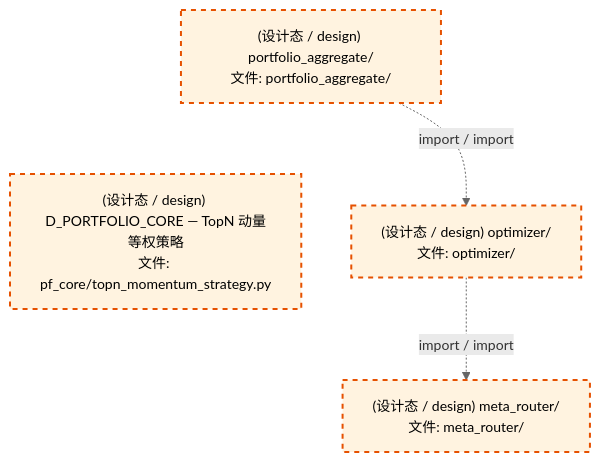
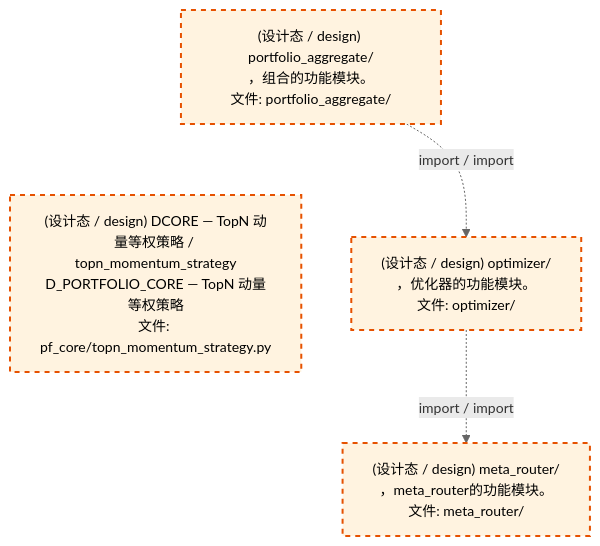
One commit to xuanFelixVan/ZephyrAlpha changed the third of 4 diagrams in docs/02_enterprise_architecture/02_domain_architecture_docs/63_d_pf_core.md. Above: the diagram before and after it, drawn with Mermaid. The commit also changed other lines of this file and 60 other files, not shown here.

````diff
--- a/docs/02_enterprise_architecture/02_domain_architecture_docs/63_d_pf_core.md
+++ b/docs/02_enterprise_architecture/02_domain_architecture_docs/63_d_pf_core.md
@@ -176,16 +176,16 @@
 ```mermaid
 %%{init: {'theme': 'base', 'themeVariables': {'primaryColor': '#eaeaea', 'primaryTextColor': '#333333', 'primaryBorderColor': '#666666', 'lineColor': '#666666', 'secondaryColor': '#eaeaea', 'tertiaryColor': '#eaeaea', 'fontSize': '14px'}}}%%
 flowchart TD
-    src_zephyr_pf_core_portfolio_aggregate["(设计态 / design) portfolio_aggregate/<br/>文件: portfolio_aggregate/"]
-    src_zephyr_pf_core_topn_momentum_strategy_py["(设计态 / design) D_PORTFOLIO_CORE — TopN 动量等权策略<br/>文件: pf_core/topn_momentum_strategy.py"]
+    src_zephyr_pf_core_portfolio_aggregate["(设计态 / design) portfolio_aggregate/<br/>，组合的功能模块。<br/>文件: portfolio_aggregate/"]
+    src_zephyr_pf_core_topn_momentum_strategy_py["(设计态 / design) DCORE — TopN 动量等权策略 / topn_momentum_strategy<br/>D_PORTFOLIO_CORE — TopN 动量等权策略<br/>文件: pf_core/topn_momentum_strategy.py"]
     src_zephyr_pf_core_portfolio_aggregate ~~~ src_zephyr_pf_core_topn_momentum_strategy_py
-    src_zephyr_pf_core_optimizer["(设计态 / design) optimizer/<br/>文件: optimizer/"]
-    src_zephyr_pf_core_meta_router["(设计态 / design) meta_router/<br/>文件: meta_router/"]
+    src_zephyr_pf_core_optimizer["(设计态 / design) optimizer/<br/>，优化器的功能模块。<br/>文件: optimizer/"]
+    src_zephyr_pf_core_meta_router["(设计态 / design) meta_router/<br/>，meta_router的功能模块。<br/>文件: meta_router/"]
     src_zephyr_pf_core_optimizer -.->|import / import| src_zephyr_pf_core_meta_router
     src_zephyr_pf_core_portfolio_aggregate -.->|import / import| src_zephyr_pf_core_optimizer
     classDef production fill:#e1f5fe,stroke:#01579b,stroke-width:2px,color:#000
     classDef design fill:#fff3e0,stroke:#e65100,stroke-width:2px,color:#000,stroke-dasharray: 5 5
     classDef external_prod fill:#e8f4fd,stroke:#0277bd,stroke-width:1px,color:#000
     classDef external_design fill:#fff8e7,stroke:#ef6c00,stroke-width:1px,color:#000,stroke-dasharray: 5 5
     class src_zephyr_pf_core_meta_router,src_zephyr_pf_core_optimizer,src_zephyr_pf_core_portfolio_aggregate,src_zephyr_pf_core_topn_momentum_strategy_py design
 ```
````
